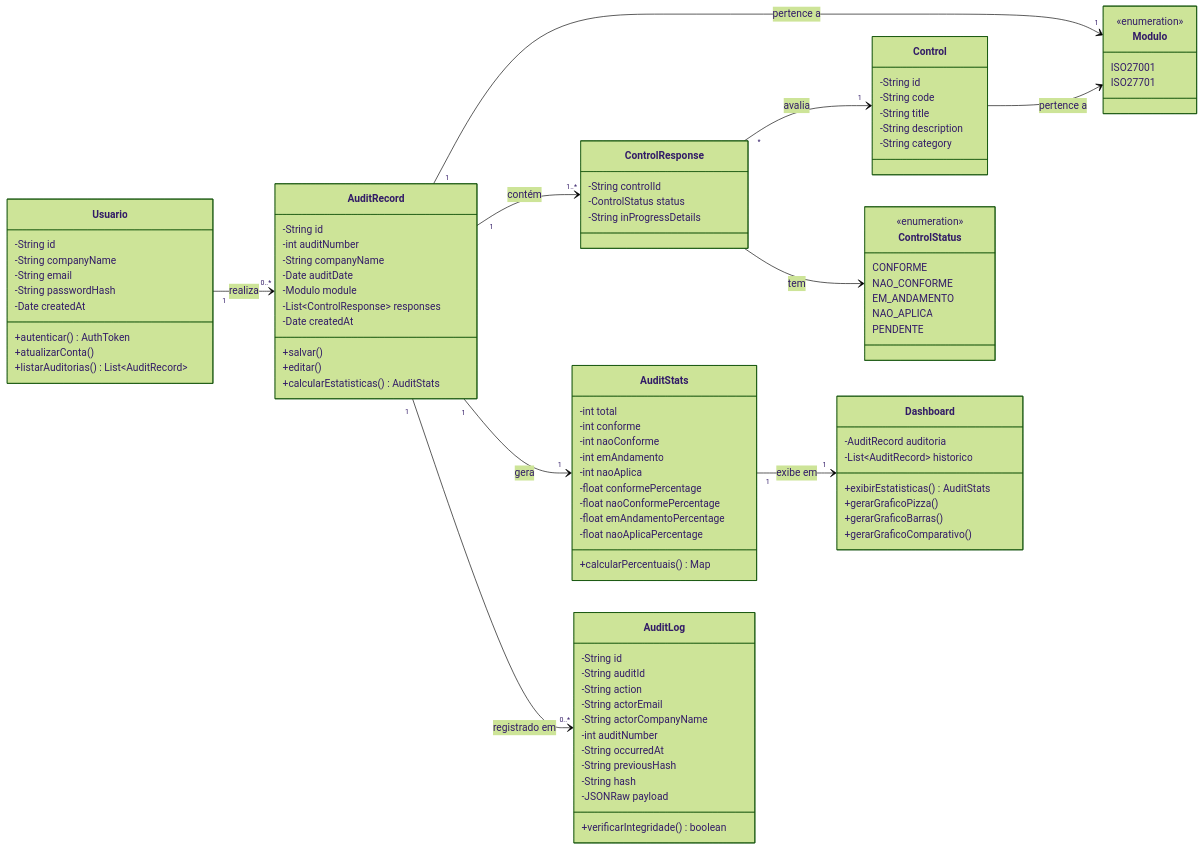
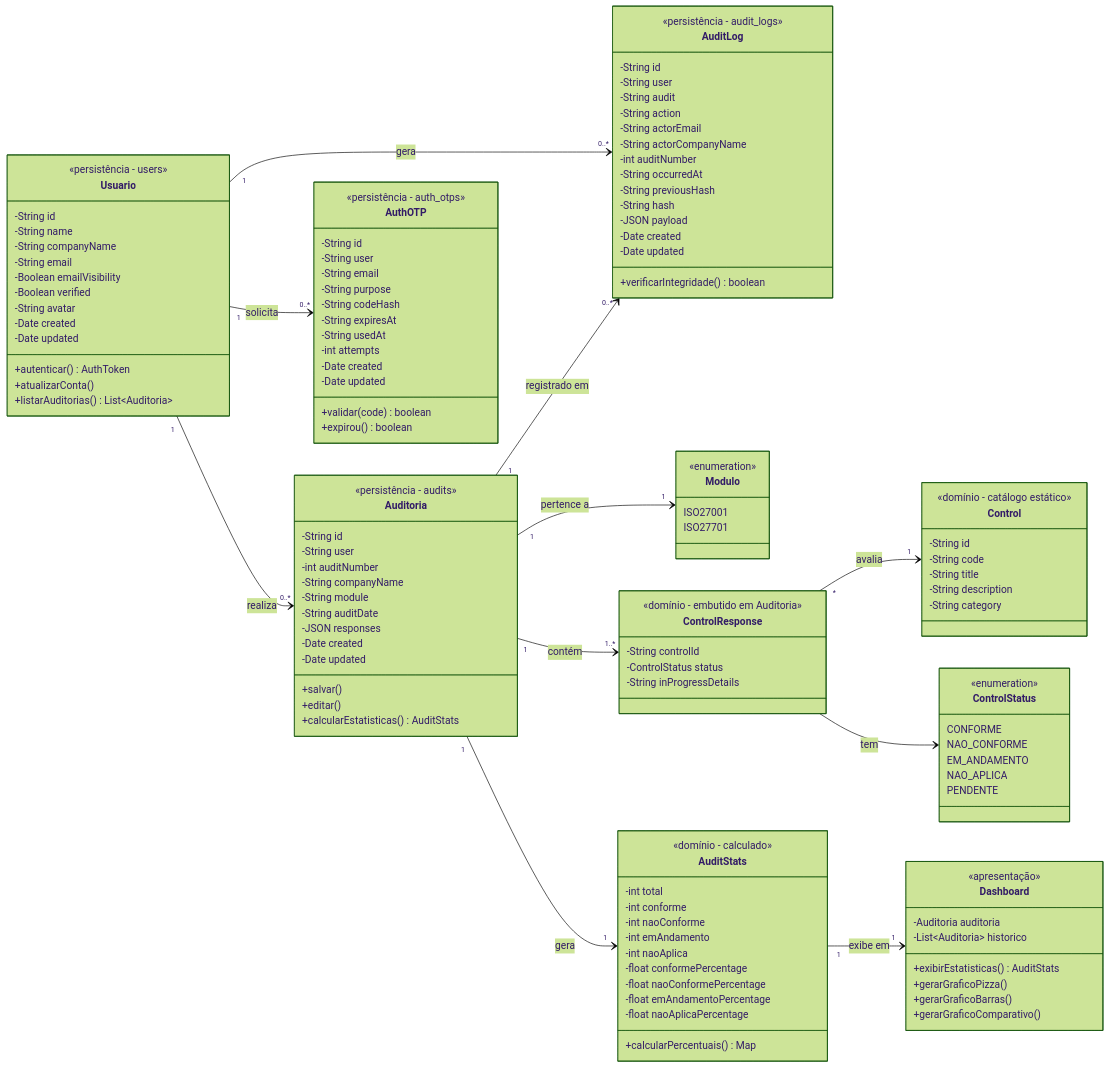
Before and after one commit to luizmariofontes/PSI1: the second of 3 diagrams in README.md, drawn with Mermaid (forest theme). The commit also changed other lines of this file, not shown here.

````diff
--- a/README.md
+++ b/README.md
@@ -407,51 +407,79 @@
 ```mermaid
 classDiagram
     direction LR
-
+ 
     class Usuario {
+        <<persistência - users>>
         -String id
+        -String name
         -String companyName
         -String email
-        -String passwordHash
-        -Date createdAt
+        -Boolean emailVisibility
+        -Boolean verified
+        -String avatar
+        -Date created
+        -Date updated
         +autenticar() AuthToken
         +atualizarConta()
-        +listarAuditorias() List~AuditRecord~
+        +listarAuditorias() List~Auditoria~
     }
-
-    class AuditRecord {
+ 
+    class Auditoria {
+        <<persistência - audits>>
         -String id
+        -String user
         -int auditNumber
         -String companyName
-        -Date auditDate
-        -Modulo module
-        -List~ControlResponse~ responses
-        -Date createdAt
+        -String module
+        -String auditDate
+        -JSON responses
+        -Date created
+        -Date updated
         +salvar()
         +editar()
         +calcularEstatisticas() AuditStats
     }
-
+ 
+    class AuditLog {
+        <<persistência - audit_logs>>
+        -String id
+        -String user
+        -String audit
+        -String action
+        -String actorEmail
+        -String actorCompanyName
+        -int auditNumber
+        -String occurredAt
+        -String previousHash
+        -String hash
+        -JSON payload
+        -Date created
+        -Date updated
+        +verificarIntegridade() boolean
+    }
+ 
+    class AuthOTP {
+        <<persistência - auth_otps>>
+        -String id
+        -String user
+        -String email
+        -String purpose
+        -String codeHash
+        -String expiresAt
+        -String usedAt
+        -int attempts
+        -Date created
+        -Date updated
+        +validar(code) boolean
+        +expirou() boolean
+    }
+ 
     class Modulo {
         <<enumeration>>
         ISO27001
         ISO27701
     }
-
-    class Control {
-        -String id
-        -String code
-        -String title
-        -String description
-        -String category
-    }
-
-    class ControlResponse {
-        -String controlId
-        -ControlStatus status
-        -String inProgressDetails
-    }
-
+ 
     class ControlStatus {
         <<enumeration>>
         CONFORME
@@ -460,8 +488,25 @@
         NAO_APLICA
         PENDENTE
     }
-
+ 
+    class Control {
+        <<domínio - catálogo estático>>
+        -String id
+        -String code
+        -String title
+        -String description
+        -String category
+    }
+ 
+    class ControlResponse {
+        <<domínio - embutido em Auditoria>>
+        -String controlId
+        -ControlStatus status
+        -String inProgressDetails
+    }
+ 
     class AuditStats {
+        <<domínio - calculado>>
         -int total
         -int conforme
         -int naoConforme
@@ -473,37 +518,25 @@
         -float naoAplicaPercentage
         +calcularPercentuais() Map
     }
-
+ 
     class Dashboard {
-        -AuditRecord auditoria
-        -List~AuditRecord~ historico
+        <<apresentação>>
+        -Auditoria auditoria
+        -List~Auditoria~ historico
         +exibirEstatisticas() AuditStats
         +gerarGraficoPizza()
         +gerarGraficoBarras()
         +gerarGraficoComparativo()
     }
-
-    class AuditLog {
-        -String id
-        -String auditId
-        -String action
-        -String actorEmail
-        -String actorCompanyName
-        -int auditNumber
-        -String occurredAt
-        -String previousHash
-        -String hash
-        -JSONRaw payload
-        +verificarIntegridade() boolean
-    }
-
-    Usuario "1" --> "0..*" AuditRecord : realiza
-    AuditRecord "1" --> "1" Modulo : pertence a
-    AuditRecord "1" --> "1..*" ControlResponse : contém
+ 
+    Usuario "1" --> "0..*" Auditoria : realiza
+    Usuario "1" --> "0..*" AuditLog : gera
+    Usuario "1" --> "0..*" AuthOTP : solicita
+    Auditoria "1" --> "1" Modulo : pertence a
+    Auditoria "1" --> "1..*" ControlResponse : contém
+    Auditoria "1" --> "0..*" AuditLog : registrado em
     ControlResponse "*" --> "1" Control : avalia
-    Control --> Modulo : pertence a
     ControlResponse --> ControlStatus : tem
-    AuditRecord "1" --> "1" AuditStats : gera
+    Auditoria "1" --> "1" AuditStats : gera
     AuditStats "1" --> "1" Dashboard : exibe em
-    AuditRecord "1" --> "0..*" AuditLog : registrado em
 ```
````
